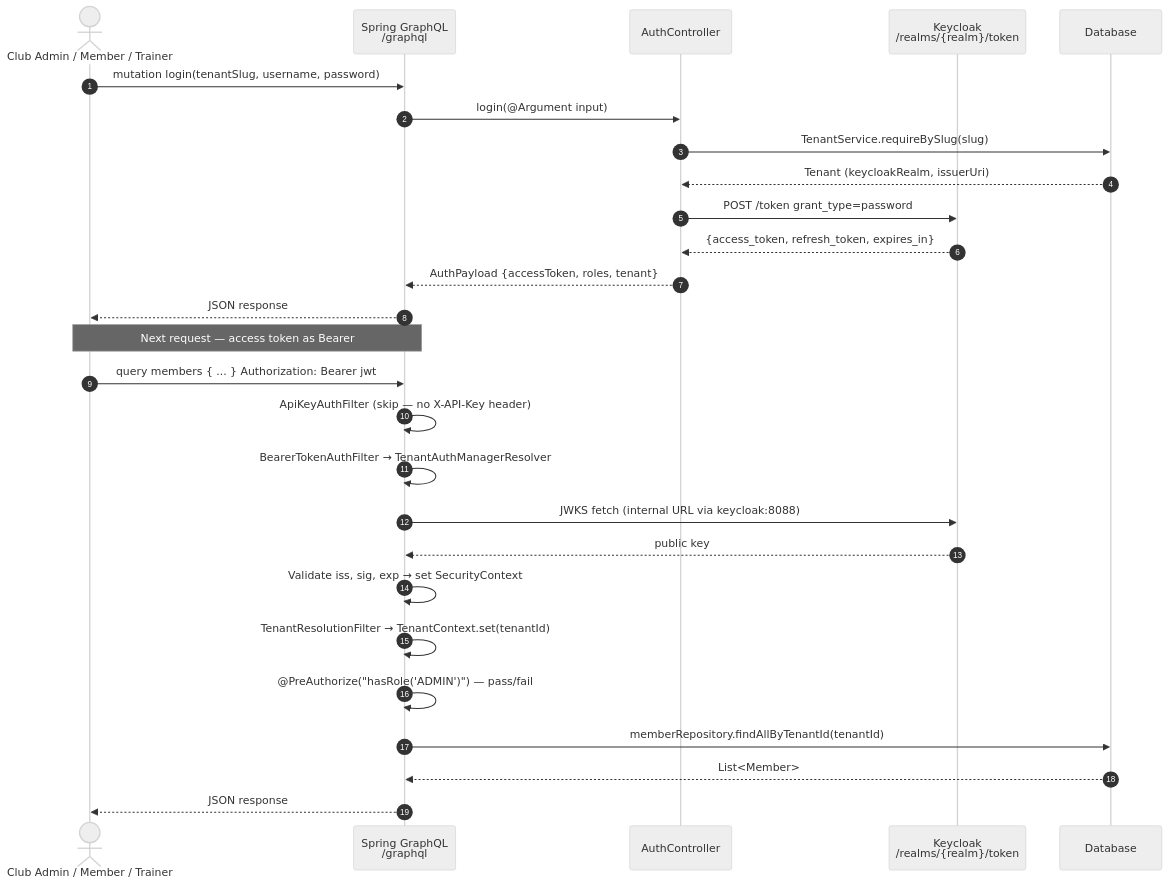
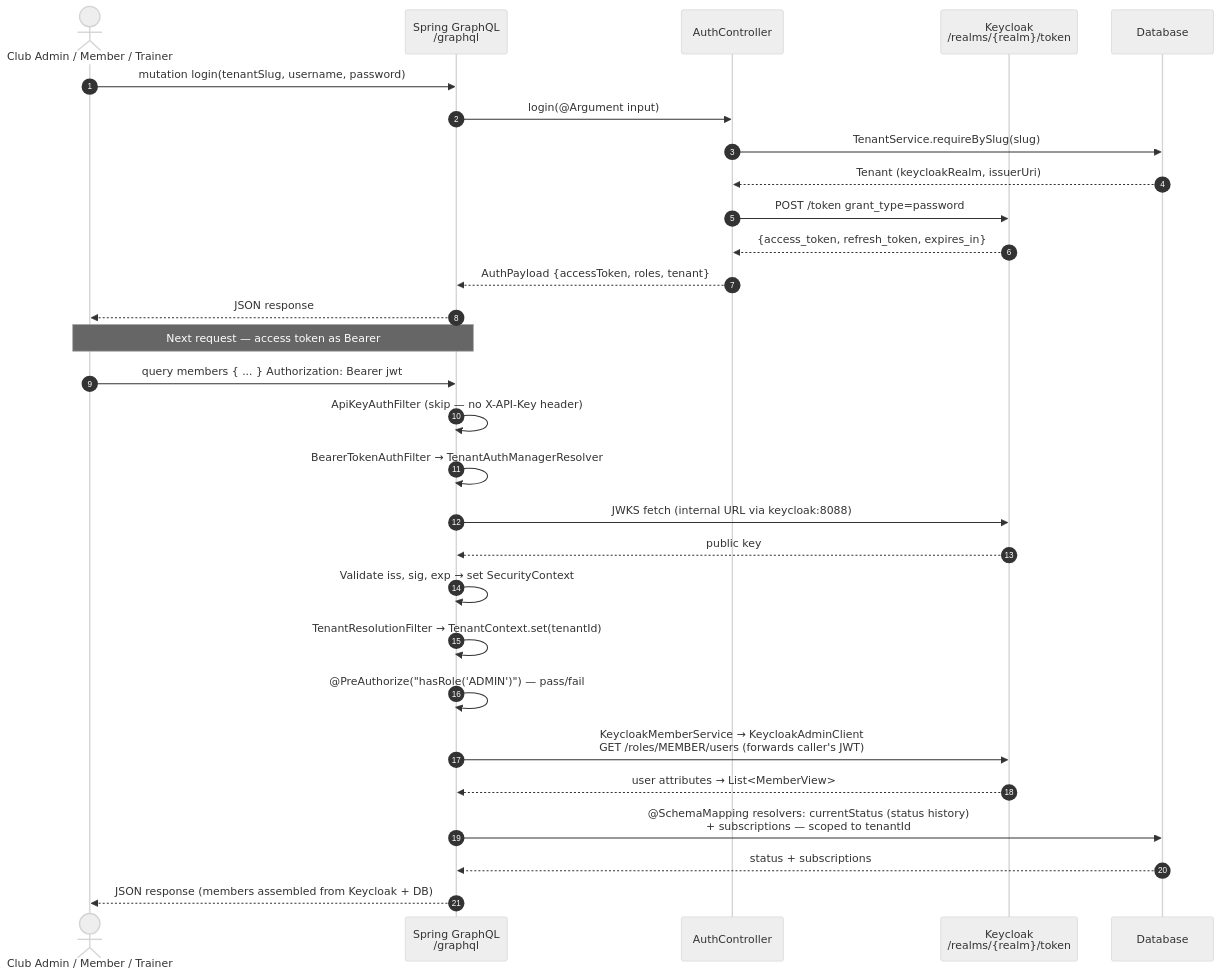
One commit to totopoloco/dbchatbox changed the third of 12 diagrams in docs/architecture.md. Above: the diagram before and after it, drawn with Mermaid (neutral theme). The commit also changed other lines of this file and 1 other file, not shown here.

Commit message:
updates in the architecture

````diff
--- a/docs/architecture.md
+++ b/docs/architecture.md
@@ -67,31 +69,33 @@
 ```mermaid
 sequenceDiagram
     autonumber
     actor User as Club Admin / Member / Trainer
     participant GQL  as Spring GraphQL<br/>/graphql
     participant Auth as AuthController
     participant KC   as Keycloak<br/>/realms/{realm}/token
     participant DB   as Database
 
     User  ->> GQL:  mutation login(tenantSlug, username, password)
     GQL   ->> Auth: login(@Argument input)
     Auth  ->> DB:   TenantService.requireBySlug(slug)
     DB   -->> Auth: Tenant (keycloakRealm, issuerUri)
     Auth  ->> KC:   POST /token  grant_type=password
     KC   -->> Auth: {access_token, refresh_token, expires_in}
     Auth -->> GQL:  AuthPayload {accessToken, roles, tenant}
     GQL  -->> User: JSON response
 
     note over User,GQL: Next request — access token as Bearer
     User  ->> GQL:  query members { ... }  Authorization: Bearer jwt
     GQL   ->> GQL:  ApiKeyAuthFilter (skip — no X-API-Key header)
     GQL   ->> GQL:  BearerTokenAuthFilter → TenantAuthManagerResolver
     GQL   ->> KC:   JWKS fetch (internal URL via keycloak:8088)
     KC   -->> GQL:  public key
     GQL   ->> GQL:  Validate iss, sig, exp → set SecurityContext
     GQL   ->> GQL:  TenantResolutionFilter → TenantContext.set(tenantId)
     GQL   ->> GQL:  @PreAuthorize("hasRole('ADMIN')") — pass/fail
-    GQL   ->> DB:   memberRepository.findAllByTenantId(tenantId)
-    DB   -->> GQL:  List<Member>
-    GQL  -->> User: JSON response
+    GQL   ->> KC:   KeycloakMemberService → KeycloakAdminClient<br/>GET /roles/MEMBER/users (forwards caller's JWT)
+    KC   -->> GQL:  user attributes → List<MemberView>
+    GQL   ->> DB:   @SchemaMapping resolvers: currentStatus (status history)<br/>+ subscriptions — scoped to tenantId
+    DB   -->> GQL:  status + subscriptions
+    GQL  -->> User: JSON response (members assembled from Keycloak + DB)
 ```
````
